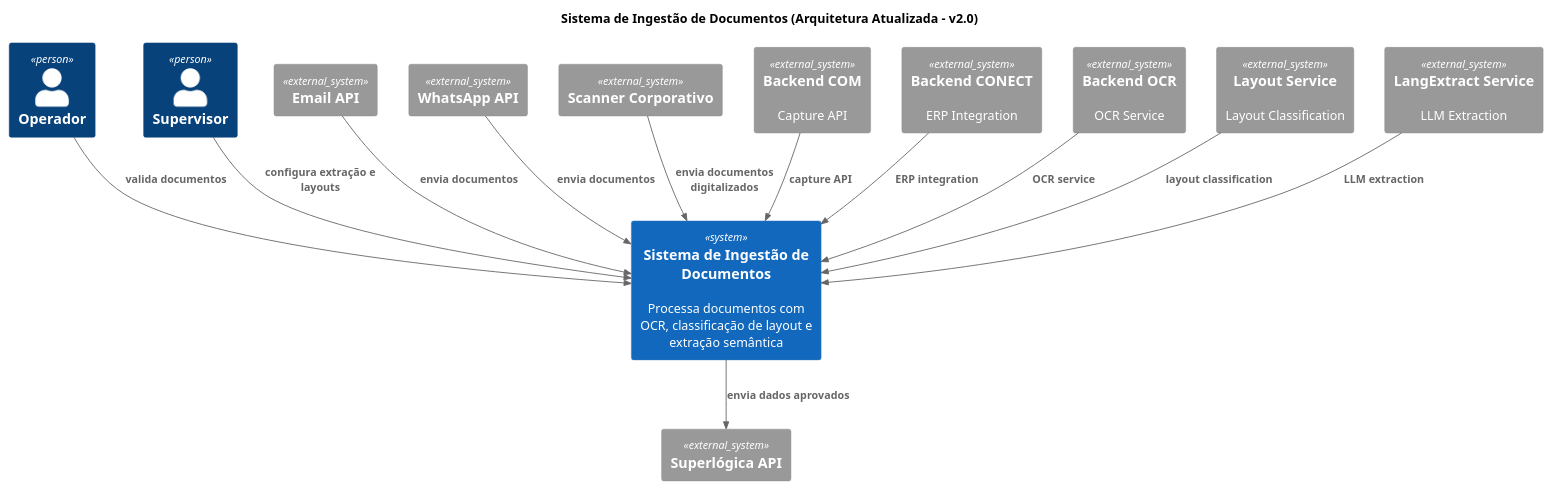
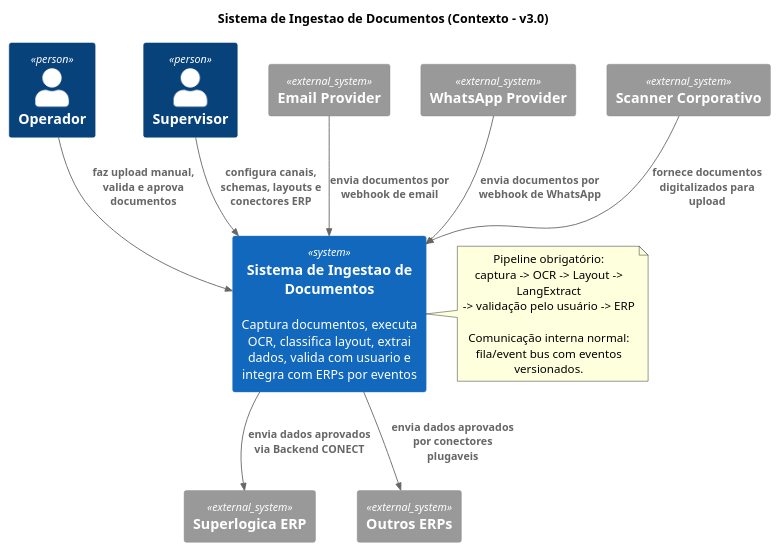
One commit to InnoVoxAI/docuparser changed the diagram in docs/specs/contexto_sistema.puml. Above: the diagram before and after it, drawn with PlantUML. The commit also changed 8 other files, not shown here.

```diff
--- a/docs/specs/contexto_sistema.puml
+++ b/docs/specs/contexto_sistema.puml
@@ -2,37 +2,35 @@
 @startuml
 !includeurl https://raw.githubusercontent.com/plantuml-stdlib/C4-PlantUML/master/C4_Context.puml
 
-title Sistema de Ingestão de Documentos (Arquitetura Atualizada - v2.0)
+title Sistema de Ingestao de Documentos (Contexto - v3.0)
 
 Person(operator, "Operador")
 Person(supervisor, "Supervisor")
 
-System(system, "Sistema de Ingestão de Documentos", "Processa documentos com OCR, classificação de layout e extração semântica")
+System(system, "Sistema de Ingestao de Documentos", "Captura documentos, executa OCR, classifica layout, extrai dados, valida com usuario e integra com ERPs por eventos")
 
-System_Ext(email, "Email API")
-System_Ext(whatsapp, "WhatsApp API")
+System_Ext(email, "Email Provider")
+System_Ext(whatsapp, "WhatsApp Provider")
 System_Ext(scanner, "Scanner Corporativo")
-System_Ext(superlogica, "Superlógica API")
+System_Ext(superlogica, "Superlogica ERP")
+System_Ext(other_erp, "Outros ERPs")
 
-Rel(email, system, "envia documentos")
-Rel(whatsapp, system, "envia documentos")
-Rel(scanner, system, "envia documentos digitalizados")
+Rel(email, system, "envia documentos por webhook de email")
+Rel(whatsapp, system, "envia documentos por webhook de WhatsApp")
+Rel(scanner, system, "fornece documentos digitalizados para upload")
 
-Rel(operator, system, "valida documentos")
-Rel(supervisor, system, "configura extração e layouts")
-Rel(system, superlogica, "envia dados aprovados")
+Rel(operator, system, "faz upload manual, valida e aprova documentos")
+Rel(supervisor, system, "configura canais, schemas, layouts e conectores ERP")
+Rel(system, superlogica, "envia dados aprovados via Backend CONECT")
+Rel(system, other_erp, "envia dados aprovados por conectores plugaveis")
 
-' Novos componentes (microserviços)
-System_Ext(com, "Backend COM", "Capture API")
-System_Ext(conect, "Backend CONECT", "ERP Integration")
-System_Ext(ocr, "Backend OCR", "OCR Service")
-System_Ext(layout, "Layout Service", "Layout Classification")
-System_Ext(langextract, "LangExtract Service", "LLM Extraction")
+note right of system
+Pipeline obrigatório:
+captura -> OCR -> Layout -> LangExtract
+-> validação pelo usuário -> ERP
 
-Rel(com, system, "capture API")
-Rel(conect, system, "ERP integration")
-Rel(ocr, system, "OCR service")
-Rel(layout, system, "layout classification")
-Rel(langextract, system, "LLM extraction")
+Comunicação interna normal:
+fila/event bus com eventos versionados.
+end note
 
 @enduml
```
